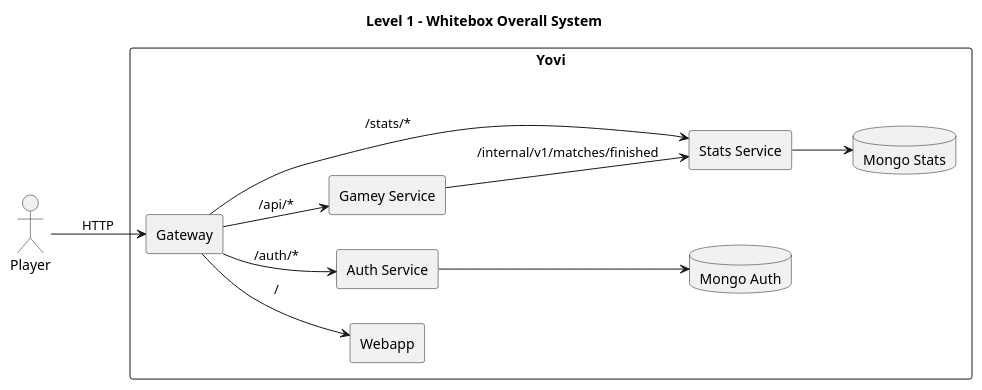
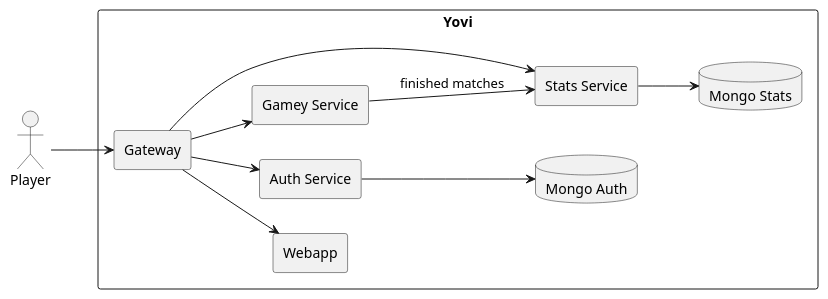
The first of 5 diagrams in docs/src/05_building_block_view.adoc (Arquisoft/yovi_es4b), drawn with PlantUML before and after one commit. The commit also changed other lines of this file and 26 other files, not shown here.

```diff
--- a/docs/src/05_building_block_view.adoc
+++ b/docs/src/05_building_block_view.adoc
@@ -45,29 +57,30 @@
-[plantuml,"05_level1_yovi_overall",png]
+[plantuml,"05_level1_overall_whitebox",png]
 ----
 @startuml
-title Level 1 - Whitebox Overall System
 left to right direction
-skinparam componentStyle rectangle
+skinparam shadowing false
+skinparam monochrome true
+skinparam defaultFontName Arial
 
 actor Player
 
 rectangle "Yovi" {
-  component "Webapp" as Webapp
-  component "Gateway" as Gateway
-  component "Auth Service" as Auth
-  component "Gamey Service" as Gamey
-  component "Stats Service" as Stats
+  rectangle "Gateway" as Gateway
+  rectangle "Webapp" as Webapp
+  rectangle "Auth Service" as Auth
+  rectangle "Gamey Service" as Gamey
+  rectangle "Stats Service" as Stats
   database "Mongo Auth" as MongoAuth
   database "Mongo Stats" as MongoStats
 }
 
-Player --> Gateway : HTTP
-Gateway --> Webapp : /
-Gateway --> Auth : /auth/*
-Gateway --> Gamey : /api/*
-Gateway --> Stats : /stats/*
-Gamey --> Stats : /internal/v1/matches/finished
+Player --> Gateway
+Gateway --> Webapp
+Gateway --> Auth
+Gateway --> Gamey
+Gateway --> Stats
 Auth --> MongoAuth
+Gamey --> Stats : finished matches
 Stats --> MongoStats
 @enduml
 ----
```
